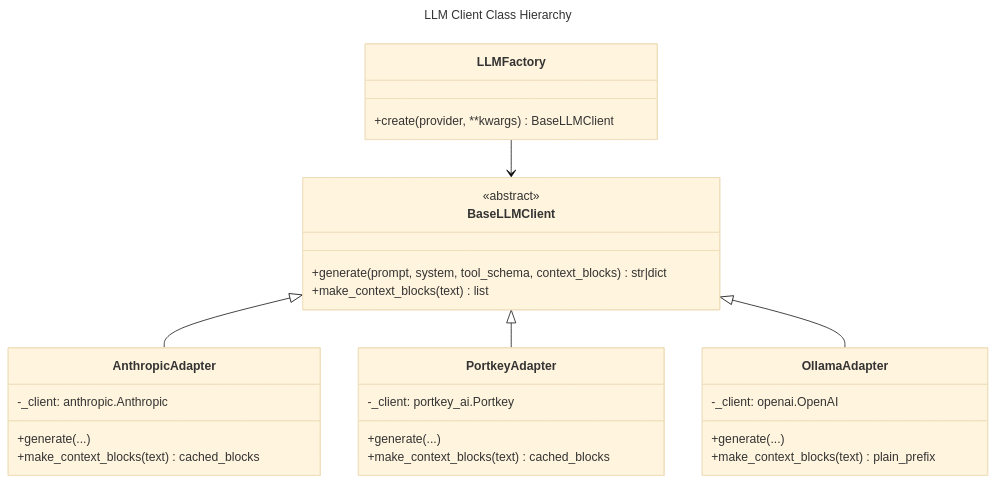
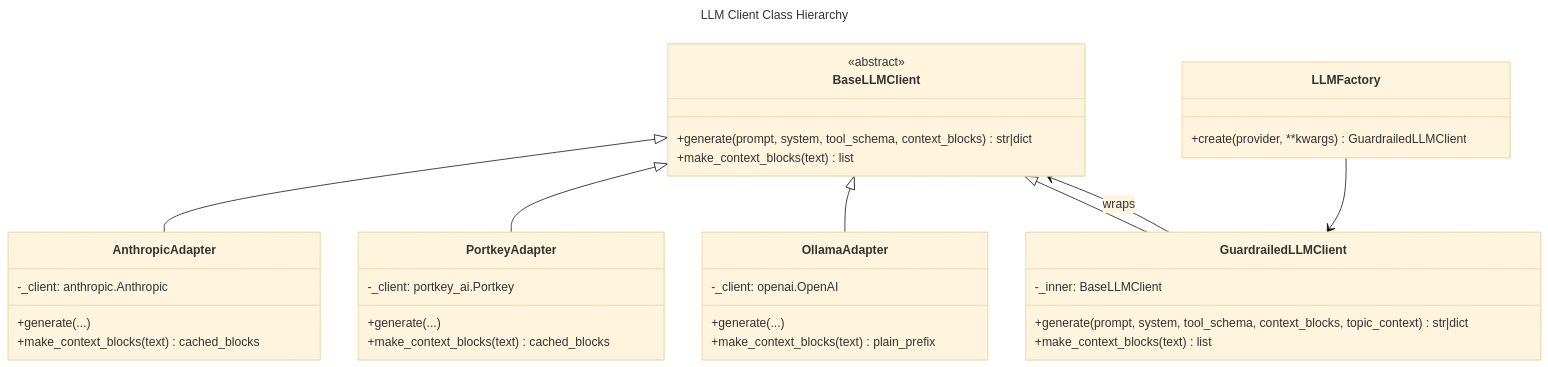
One commit to bijesh-p/deepl-ai-tutor changed the fourth of 10 diagrams in ARCHITECTURE.md. Above: the diagram before and after it, drawn with Mermaid (base theme). The commit also changed other lines of this file and 3 other files, not shown here.

First line of the commit message:
[Phase 75] Sync ARCHITECTURE/CLAUDE/README/references with current features

````diff
--- a/ARCHITECTURE.md
+++ b/ARCHITECTURE.md
@@ -343,33 +362,40 @@
 ```mermaid
 ---
 title: LLM Client Class Hierarchy
 ---
 classDiagram
     class BaseLLMClient {
         <<abstract>>
         +generate(prompt, system, tool_schema, context_blocks) str|dict
         +make_context_blocks(text) list
     }
     class AnthropicAdapter {
         -_client: anthropic.Anthropic
         +generate(...)
         +make_context_blocks(text) cached_blocks
     }
     class PortkeyAdapter {
         -_client: portkey_ai.Portkey
         +generate(...)
         +make_context_blocks(text) cached_blocks
     }
     class OllamaAdapter {
         -_client: openai.OpenAI
         +generate(...)
         +make_context_blocks(text) plain_prefix
     }
+    class GuardrailedLLMClient {
+        -_inner: BaseLLMClient
+        +generate(prompt, system, tool_schema, context_blocks, topic_context) str|dict
+        +make_context_blocks(text) list
+    }
     class LLMFactory {
-        +create(provider, **kwargs) BaseLLMClient
+        +create(provider, **kwargs) GuardrailedLLMClient
     }
     BaseLLMClient <|-- AnthropicAdapter
     BaseLLMClient <|-- PortkeyAdapter
     BaseLLMClient <|-- OllamaAdapter
-    LLMFactory --> BaseLLMClient
+    BaseLLMClient <|-- GuardrailedLLMClient
+    GuardrailedLLMClient --> BaseLLMClient : wraps
+    LLMFactory --> GuardrailedLLMClient
 ```
````
